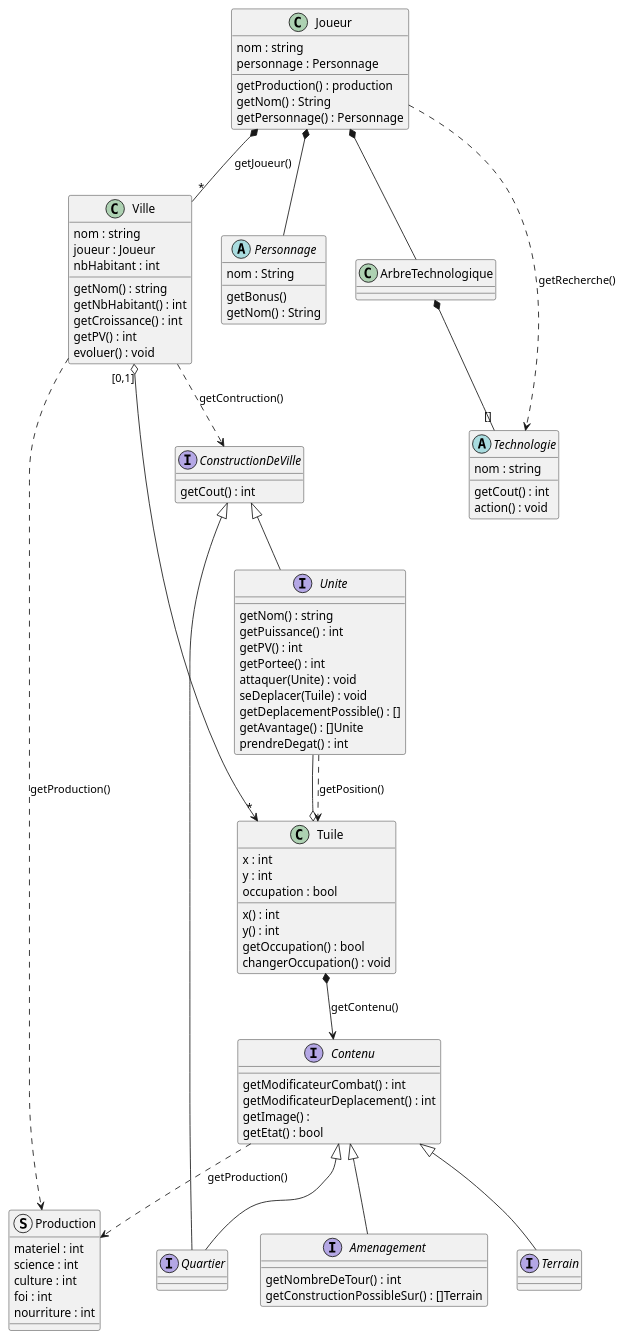
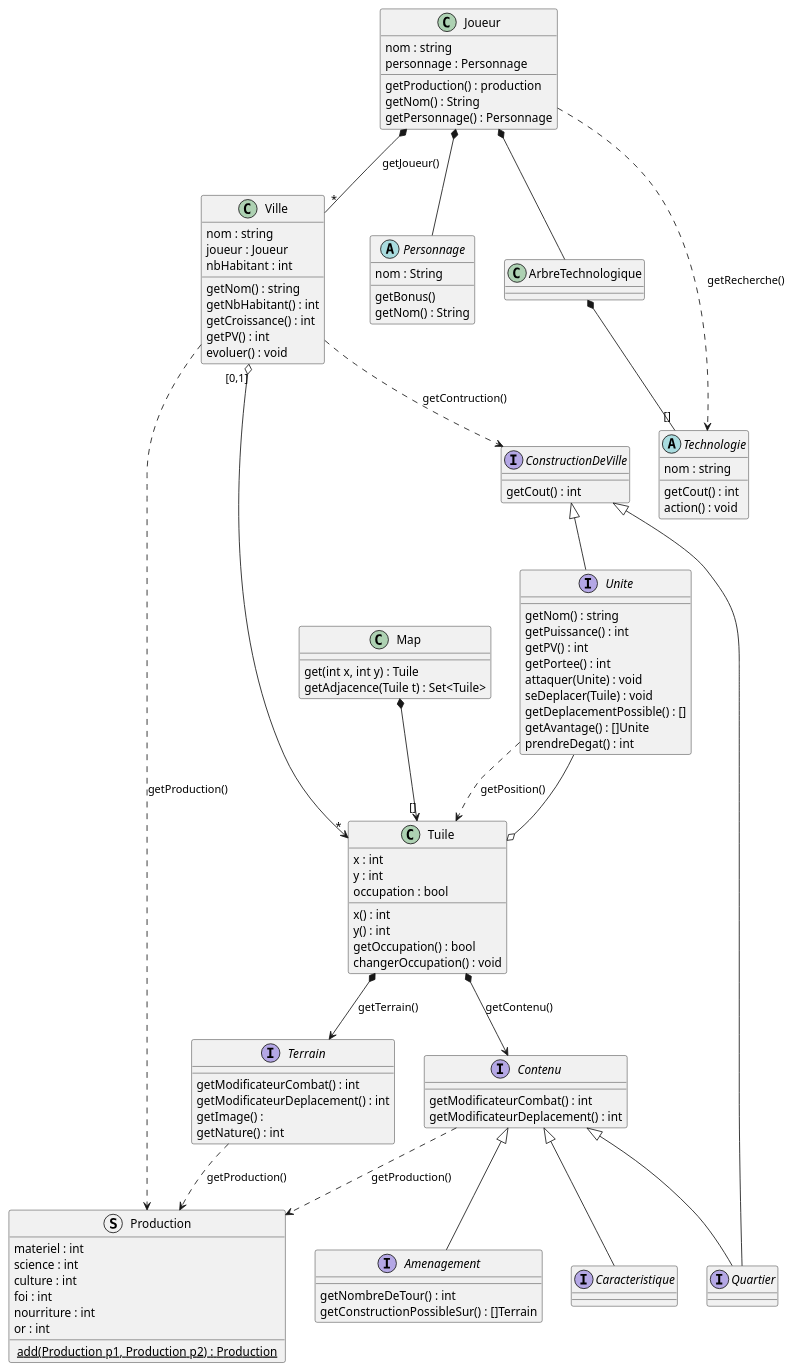
The diagram in civilization.puml (ProjetTOB-JavaCiv/JavaCivGame), drawn with PlantUML before and after one commit. The commit also changed 57 other files, not shown here.

Commit message:
premiere version des classes Tuile Terrain et Caracteristique ainsi que l'ajout d'une classe Map

```diff
--- a/civilization.puml
+++ b/civilization.puml
@@ -1,120 +1,135 @@
 @startuml Civilization
 
 Interface Unite {
     getNom() : string
     getPuissance() : int
     getPV() : int
     getPortee() : int
     attaquer(Unite) : void
     seDeplacer(Tuile) : void
     getDeplacementPossible() : []
     getAvantage() : []Unite
     prendreDegat() : int
 }
 
 
 Class Tuile {
     x : int
     y : int
     occupation : bool
     x() : int
     y() : int
     getOccupation() : bool
     changerOccupation() : void
 }
 
+Class Map {
+    get(int x, int y) : Tuile
+    getAdjacence(Tuile t) : Set<Tuile>
+}
 
-Interface Contenu {
+
+Interface Terrain {
     getModificateurCombat() : int
     getModificateurDeplacement() : int
     getImage() : 
-    getEtat() : bool
+    getNature() : int
 }
 
 class Ville {
     nom : string
     joueur : Joueur
     nbHabitant : int
     getNom() : string
     getNbHabitant() : int
     getCroissance() : int
     getPV() : int
     evoluer() : void
 }
 
 struct Production {
     materiel : int
     science : int
     culture : int
     foi : int
     nourriture : int
+    or : int
+
+    <u> add(Production p1, Production p2) : Production </u>
 }
 
 Interface ConstructionDeVille {
     getCout() : int
+}
+
+Interface Contenu {
+    getModificateurCombat() : int
+    getModificateurDeplacement() : int
 }
 
 
 Interface Quartier
 
 
 Interface Amenagement {
     getNombreDeTour() : int
     getConstructionPossibleSur() : []Terrain
 }
 
-
-Interface Terrain
+Interface Caracteristique
 
 
 Abstract class Personnage {
     nom : String
     getBonus()
     getNom() : String
 }
 
 
 Class Joueur {
     nom : string
     personnage : Personnage
     getProduction() : production
     getNom() : String
     getPersonnage() : Personnage
 }
 
 Class ArbreTechnologique
 
 Abstract Class Technologie {
     nom : string
     getCout() : int
     action() : void
 }
 
 
 Unite ..> Tuile : getPosition() 
 
+Tuile *--> Terrain : getTerrain()
 Tuile *--> Contenu : getContenu()
 Tuile o-- Unite
 
 Contenu <|-- Quartier
 Contenu <|-- Amenagement
-Contenu <|-- Terrain
+Contenu <|-- Caracteristique
 Contenu ..> Production : getProduction()
+
+Terrain ..> Production : getProduction()
 
 Ville "[0,1]" o-->"*" Tuile
 Ville ..> ConstructionDeVille : getContruction()
 Ville ..> Production : getProduction()
 
 ConstructionDeVille <|-- Quartier
 ConstructionDeVille <|-- Unite
 
 Joueur *-- "*" Ville : getJoueur()
 Joueur *-- Personnage
 Joueur *-- ArbreTechnologique
 Joueur ..> Technologie : getRecherche()
 
 ArbreTechnologique *-- "[]" Technologie
 
-
+Map *--> "[]" Tuile
 
 @enduml
```
